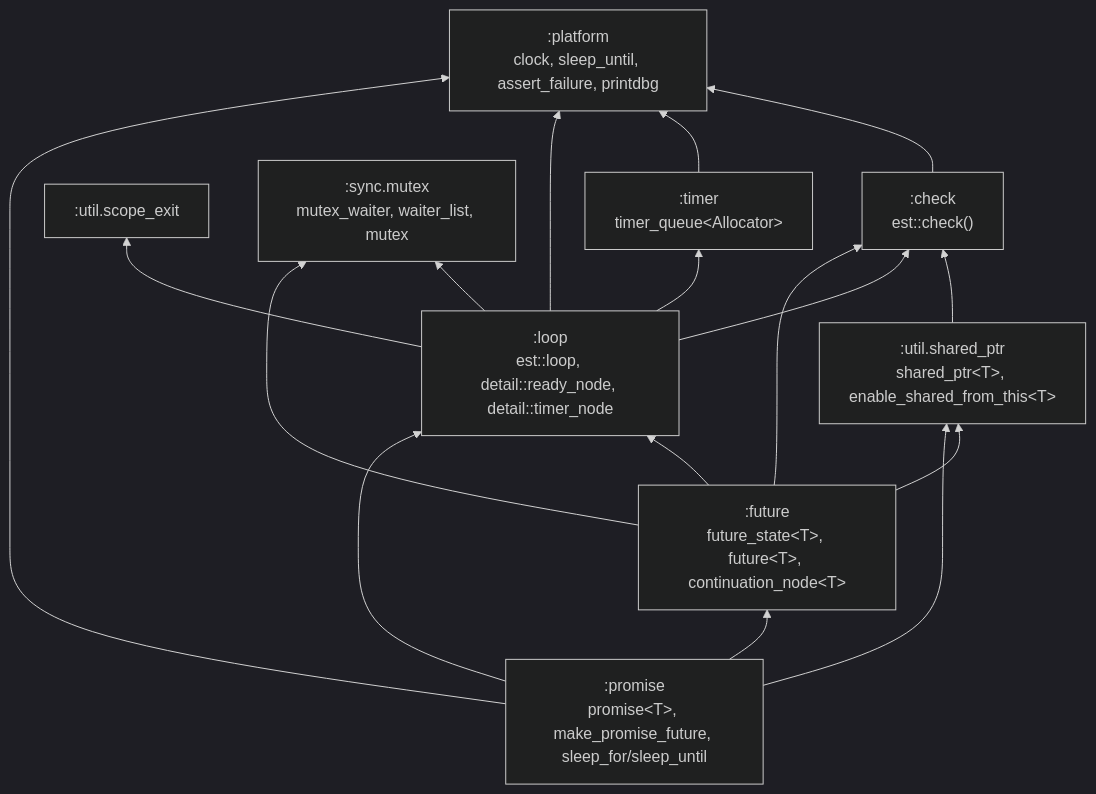
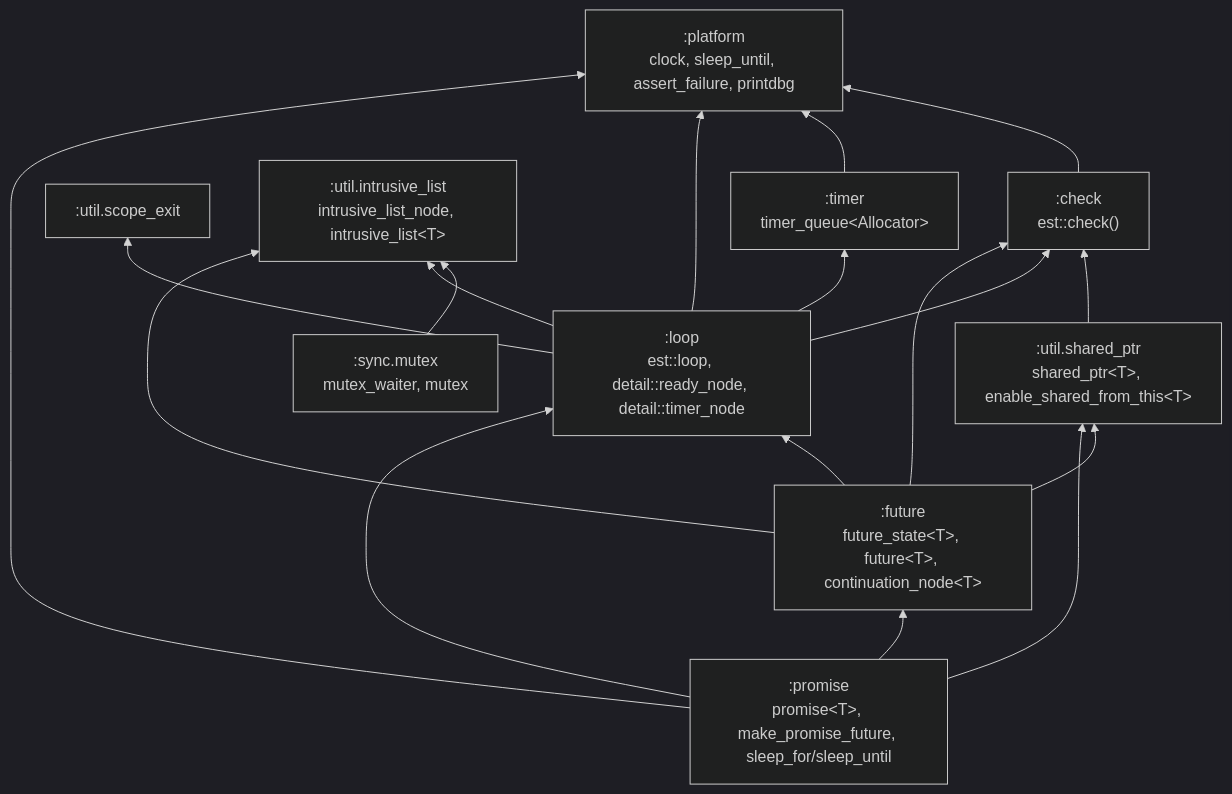
The diagram in docs/wiki/Architecture.md (andijcr/async_experiments), drawn with Mermaid (dark theme) before and after one commit. The commit also changed other lines of this file and 12 other files, not shown here.

````diff
--- a/docs/wiki/Architecture.md
+++ b/docs/wiki/Architecture.md
@@ -10,29 +10,31 @@
 ```mermaid
 graph BT
   platform[":platform<br/>clock, sleep_until, assert_failure, printdbg"]
   check[":check<br/>est::check()"]
   scope_exit[":util.scope_exit"]
   shared_ptr[":util.shared_ptr<br/>shared_ptr&lt;T&gt;, enable_shared_from_this&lt;T&gt;"]
-  mutex[":sync.mutex<br/>mutex_waiter, waiter_list, mutex"]
+  intrusive_list[":util.intrusive_list<br/>intrusive_list_node, intrusive_list&lt;T&gt;"]
+  mutex[":sync.mutex<br/>mutex_waiter, mutex"]
   timer[":timer<br/>timer_queue&lt;Allocator&gt;"]
   loop[":loop<br/>est::loop, detail::ready_node, detail::timer_node"]
   future[":future<br/>future_state&lt;T&gt;, future&lt;T&gt;, continuation_node&lt;T&gt;"]
   promise[":promise<br/>promise&lt;T&gt;, make_promise_future, sleep_for/sleep_until"]
 
   check --> platform
   shared_ptr --> check
+  mutex --> intrusive_list
   timer --> platform
   loop --> check
   loop --> platform
-  loop --> mutex
+  loop --> intrusive_list
   loop --> timer
   loop --> scope_exit
   future --> check
   future --> loop
-  future --> mutex
+  future --> intrusive_list
   future --> shared_ptr
   promise --> future
   promise --> loop
   promise --> platform
   promise --> shared_ptr
 ```
````
